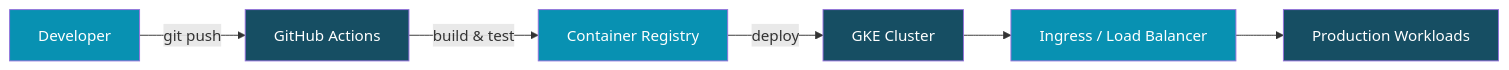
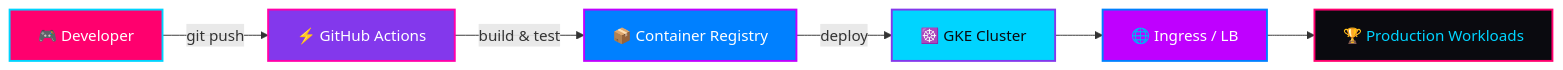
Before and after one commit to AtlastZ/AtlastZ: the diagram in README.md, drawn with Mermaid. The commit also changed other lines of this file and 8 other files, not shown here.

````diff
--- a/README.md
+++ b/README.md
@@ -138,15 +151,15 @@
 ```mermaid
 graph LR
-    A[Developer] -->|git push| B[GitHub Actions]
-    B -->|build & test| C[Container Registry]
-    C -->|deploy| D[GKE Cluster]
-    D --> E[Ingress / Load Balancer]
-    E --> F[Production Workloads]
+    A[🎮 Developer] -->|git push| B[⚡ GitHub Actions]
+    B -->|build & test| C[📦 Container Registry]
+    C -->|deploy| D[☸️ GKE Cluster]
+    D --> E[🌐 Ingress / LB]
+    E --> F[🏆 Production Workloads]
 
-    style A fill:#0891b2,color:#fff
-    style B fill:#164e63,color:#fff
-    style C fill:#0891b2,color:#fff
-    style D fill:#164e63,color:#fff
-    style E fill:#0891b2,color:#fff
-    style F fill:#164e63,color:#fff
+    style A fill:#ff006e,color:#fff,stroke:#00d4ff,stroke-width:2px
+    style B fill:#8338ec,color:#fff,stroke:#ff00aa,stroke-width:2px
+    style C fill:#0080ff,color:#fff,stroke:#bf00ff,stroke-width:2px
+    style D fill:#00d4ff,color:#0a0a0f,stroke:#8338ec,stroke-width:2px
+    style E fill:#bf00ff,color:#fff,stroke:#0080ff,stroke-width:2px
+    style F fill:#0a0a0f,color:#00d4ff,stroke:#ff006e,stroke-width:2px
 ```
````
